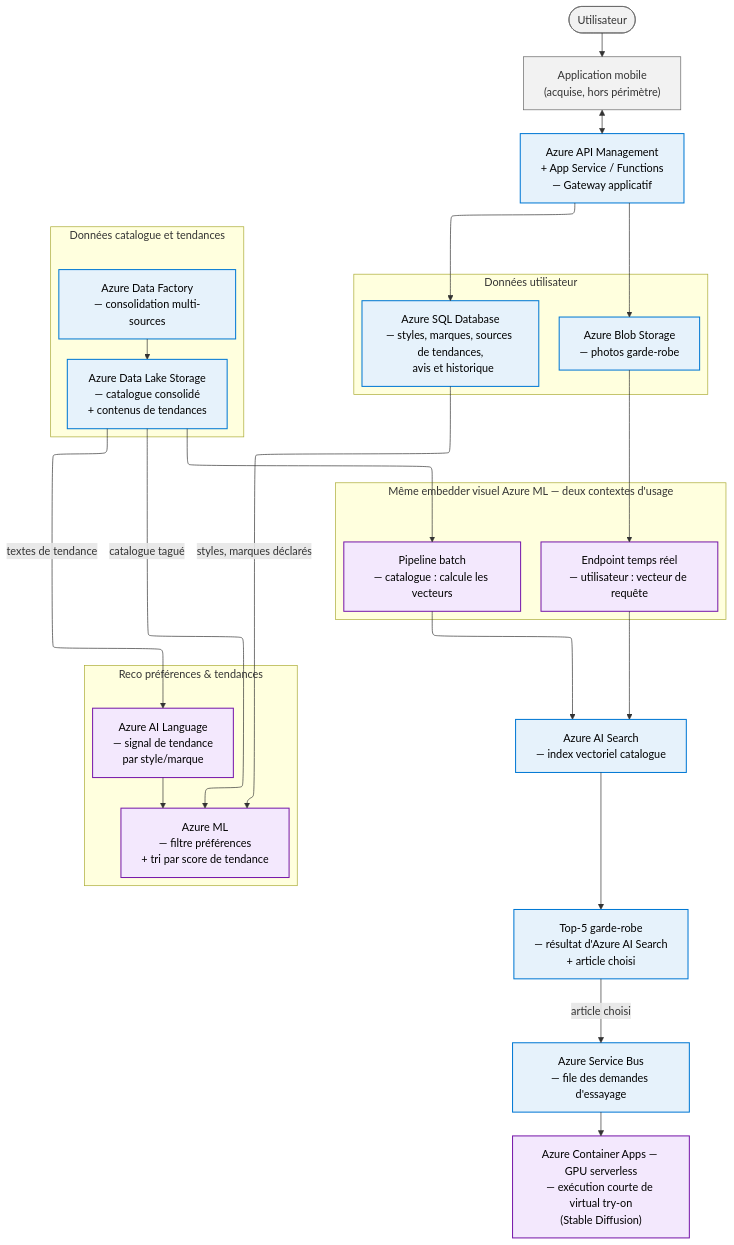
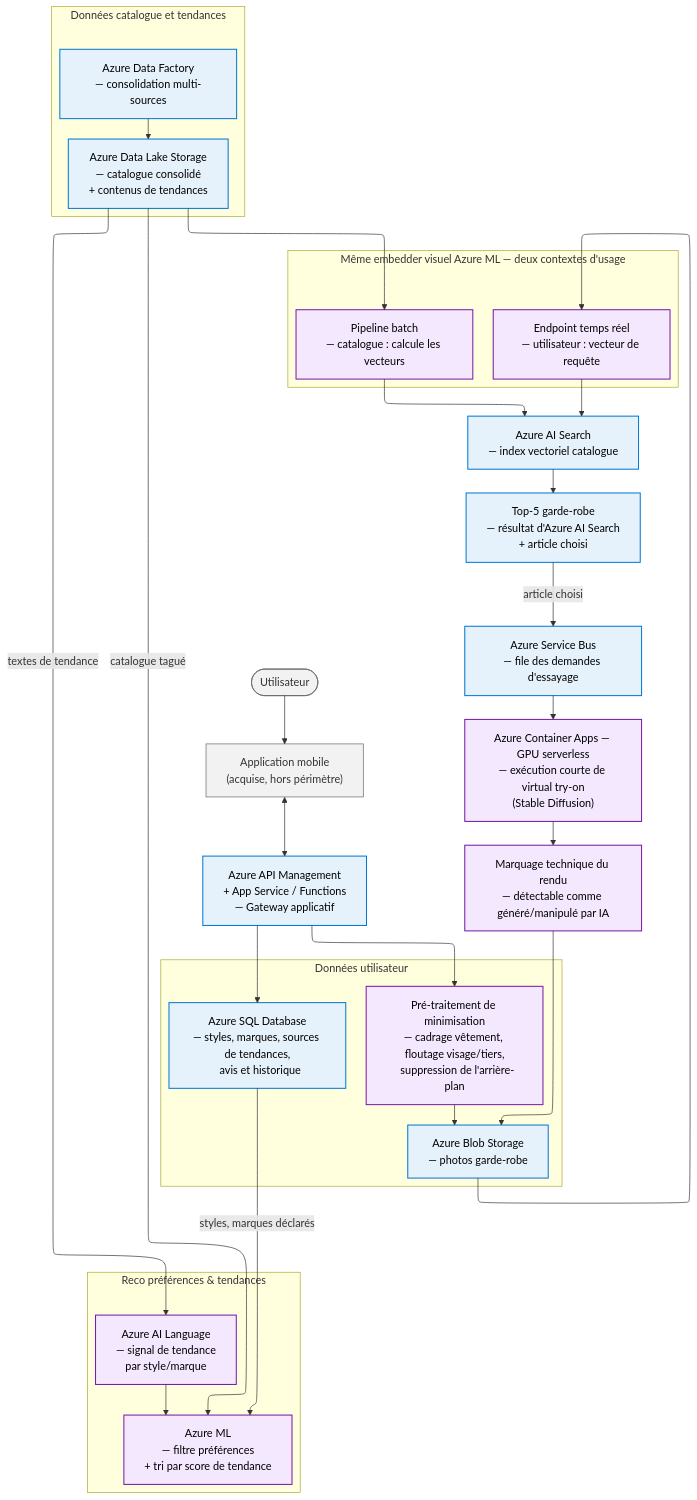
Before and after one commit to lefevrk/OC-Realisez-le-cadrage-d-un-projet-IA: the diagram in Travail/02-solution-production/system-design.md, drawn with Mermaid. The commit also changed other lines of this file and 1 other file, not shown here.

Commit message:
Proposer les mesures de protection et intégrer la minimisation dans le System Design

````diff
--- a/Travail/02-solution-production/system-design.md
+++ b/Travail/02-solution-production/system-design.md
@@ -19,51 +19,54 @@
 ```mermaid
 ---
 config:
   layout: elk
 ---
 flowchart TB
     classDef azure fill:#e6f2fb,stroke:#0078d4,stroke-width:1.5px,color:#000;
     classDef ml fill:#f3e8fd,stroke:#7719aa,stroke-width:1.5px,color:#000;
     classDef ext fill:#f2f2f2,stroke:#666,stroke-width:1px,color:#333;
 
     U(["Utilisateur"]):::ext --> APP["Application mobile\n(acquise, hors périmètre)"]:::ext
     APP <--> API["Azure API Management\n+ App Service / Functions\n— Gateway applicatif"]:::azure
 
     subgraph DONNEES["Données utilisateur"]
+        PREPROCESS["Pré-traitement de minimisation\n— cadrage vêtement, floutage visage/tiers,\n  suppression de l'arrière-plan"]:::ml
         BLOB["Azure Blob Storage\n— photos garde-robe"]:::azure
         SQL["Azure SQL Database\n— styles, marques, sources de tendances,\n  avis et historique"]:::azure
     end
 
-    API --> BLOB
+    API --> PREPROCESS --> BLOB
     API --> SQL
 
     subgraph CATALOGUE["Données catalogue et tendances"]
         ADF["Azure Data Factory\n— consolidation multi-sources"]:::azure
         ADLS["Azure Data Lake Storage\n— catalogue consolidé\n  + contenus de tendances"]:::azure
         ADF --> ADLS
     end
 
     subgraph EMBEDDER["Même embedder visuel Azure ML — deux contextes d'usage"]
         CAT_EMBED["Pipeline batch\n— catalogue : calcule les vecteurs"]:::ml
         USER_EMBED["Endpoint temps réel\n— utilisateur : vecteur de requête"]:::ml
     end
 
     ADLS --> CAT_EMBED
     CAT_EMBED --> SEARCH["Azure AI Search\n— index vectoriel catalogue"]:::azure
     BLOB --> USER_EMBED
     USER_EMBED --> SEARCH
     SEARCH --> WARDROBE_RECO["Top-5 garde-robe\n— résultat d'Azure AI Search\n  + article choisi"]:::azure
 
     subgraph PREFS_TENDANCES["Reco préférences & tendances"]
         TREND_NLP["Azure AI Language\n— signal de tendance\npar style/marque"]:::ml
         PREF_MATCH["Azure ML\n— filtre préférences\n+ tri par score de tendance"]:::ml
         TREND_NLP --> PREF_MATCH
     end
 
     ADLS -->|textes de tendance| TREND_NLP
     SQL -->|styles, marques déclarés| PREF_MATCH
     ADLS -->|catalogue tagué| PREF_MATCH
 
     WARDROBE_RECO -->|article choisi| QUEUE["Azure Service Bus\n— file des demandes d'essayage"]:::azure
     QUEUE --> GEN["Azure Container Apps — GPU serverless\n— exécution courte de virtual try-on\n(Stable Diffusion)"]:::ml
+    GEN --> MARK["Marquage technique du rendu\n— détectable comme généré/manipulé par IA"]:::ml
+    MARK --> BLOB
 ```
````
